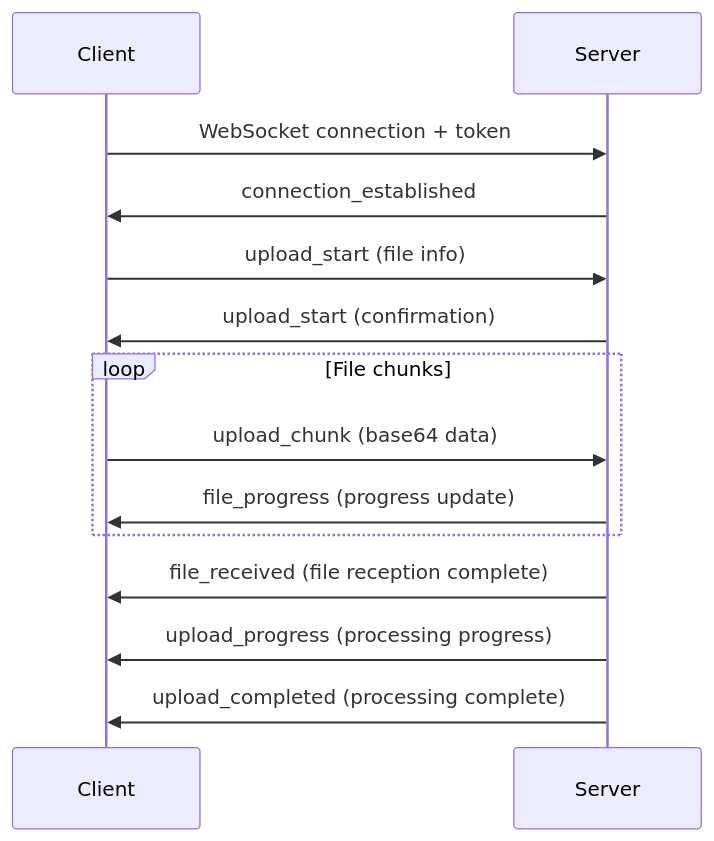
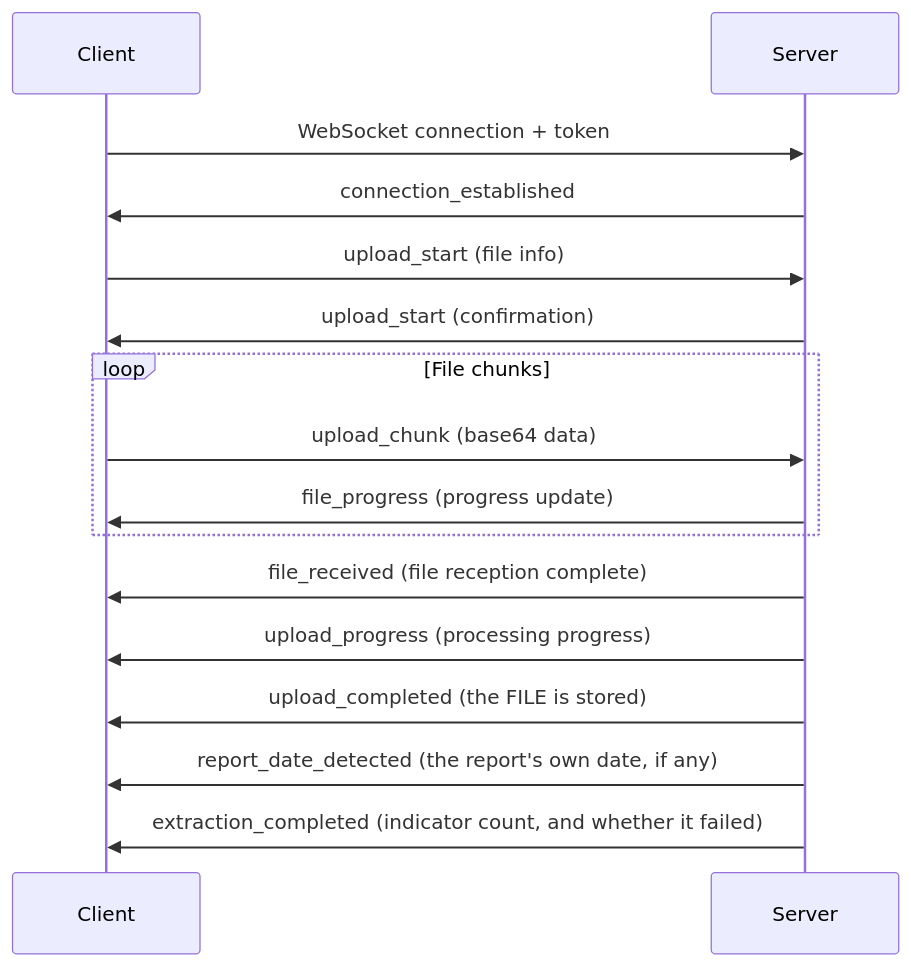
The diagram in docs/file-processing.md (cailiang9thu/mirobody), drawn with Mermaid before and after one commit. The commit also changed other lines of this file and 3 other files, not shown here.

````diff
--- a/docs/file-processing.md
+++ b/docs/file-processing.md
@@ -79,17 +79,19 @@
 ```mermaid
 sequenceDiagram
     participant Client
     participant Server
     
     Client->>Server: WebSocket connection + token
     Server->>Client: connection_established
     Client->>Server: upload_start (file info)
     Server->>Client: upload_start (confirmation)
     loop File chunks
         Client->>Server: upload_chunk (base64 data)
         Server->>Client: file_progress (progress update)
     end
     Server->>Client: file_received (file reception complete)
     Server->>Client: upload_progress (processing progress)
-    Server->>Client: upload_completed (processing complete)
+    Server->>Client: upload_completed (the FILE is stored)
+    Server->>Client: report_date_detected (the report's own date, if any)
+    Server->>Client: extraction_completed (indicator count, and whether it failed)
 ```
````
